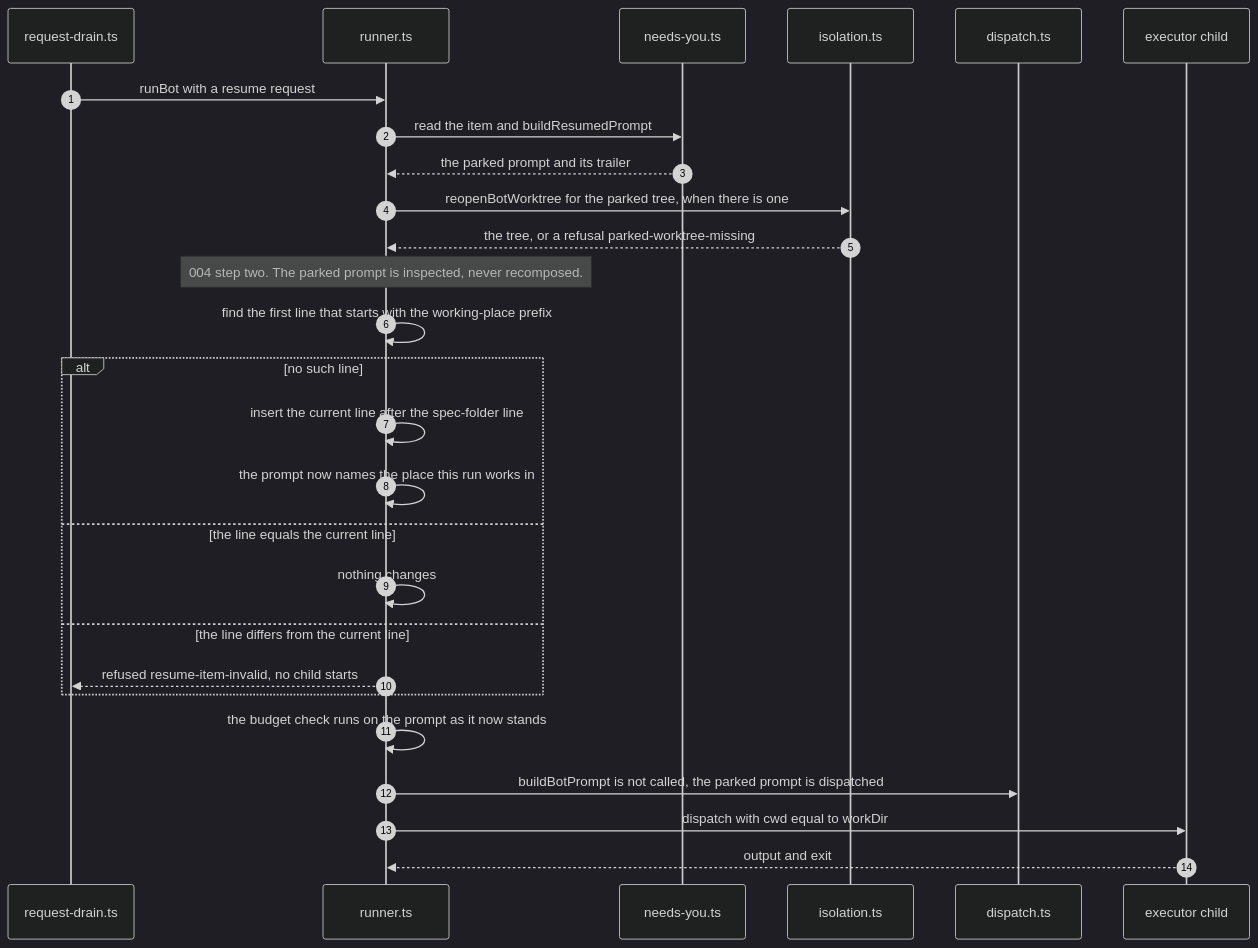
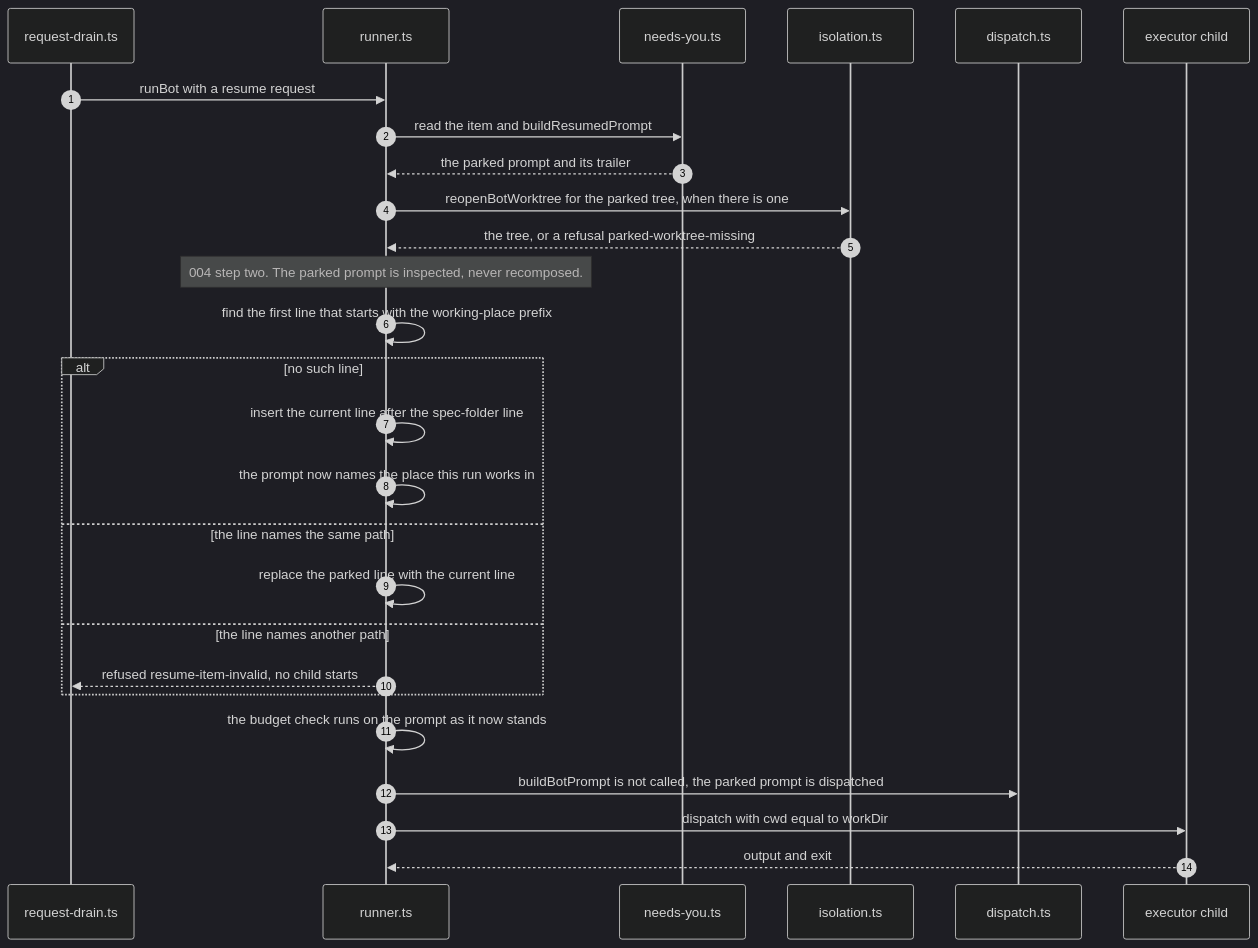
Before and after one commit to MichelKerkmeester/skilled-agent-harness_spec-driven-loops: the third of 4 diagrams in specs/system-skilled-bots/003-openbot-parity-build/004-computer-exposure/design/sequences.md, drawn with Mermaid (dark theme). The commit also changed 17 other files, not shown here.

````diff
--- a/specs/system-skilled-bots/003-openbot-parity-build/004-computer-exposure/design/sequences.md
+++ b/specs/system-skilled-bots/003-openbot-parity-build/004-computer-exposure/design/sequences.md
@@ -116,30 +116,30 @@
 ```mermaid
 sequenceDiagram
   autonumber
   participant Dr as request-drain.ts
   participant Rn as runner.ts
   participant Ny as needs-you.ts
   participant Is as isolation.ts
   participant Dp as dispatch.ts
   participant Ch as executor child
 
   Dr->>Rn: runBot with a resume request
   Rn->>Ny: read the item and buildResumedPrompt
   Ny-->>Rn: the parked prompt and its trailer
   Rn->>Is: reopenBotWorktree for the parked tree, when there is one
   Is-->>Rn: the tree, or a refusal parked-worktree-missing
   Note over Rn: 004 step two. The parked prompt is inspected, never recomposed.
   Rn->>Rn: find the first line that starts with the working-place prefix
   alt no such line
     Rn->>Rn: insert the current line after the spec-folder line
     Rn->>Rn: the prompt now names the place this run works in
-  else the line equals the current line
-    Rn->>Rn: nothing changes
-  else the line differs from the current line
+  else the line names the same path
+    Rn->>Rn: replace the parked line with the current line
+  else the line names another path
     Rn-->>Dr: refused resume-item-invalid, no child starts
   end
   Rn->>Rn: the budget check runs on the prompt as it now stands
   Rn->>Dp: buildBotPrompt is not called, the parked prompt is dispatched
   Rn->>Ch: dispatch with cwd equal to workDir
   Ch-->>Rn: output and exit
 ```
````
